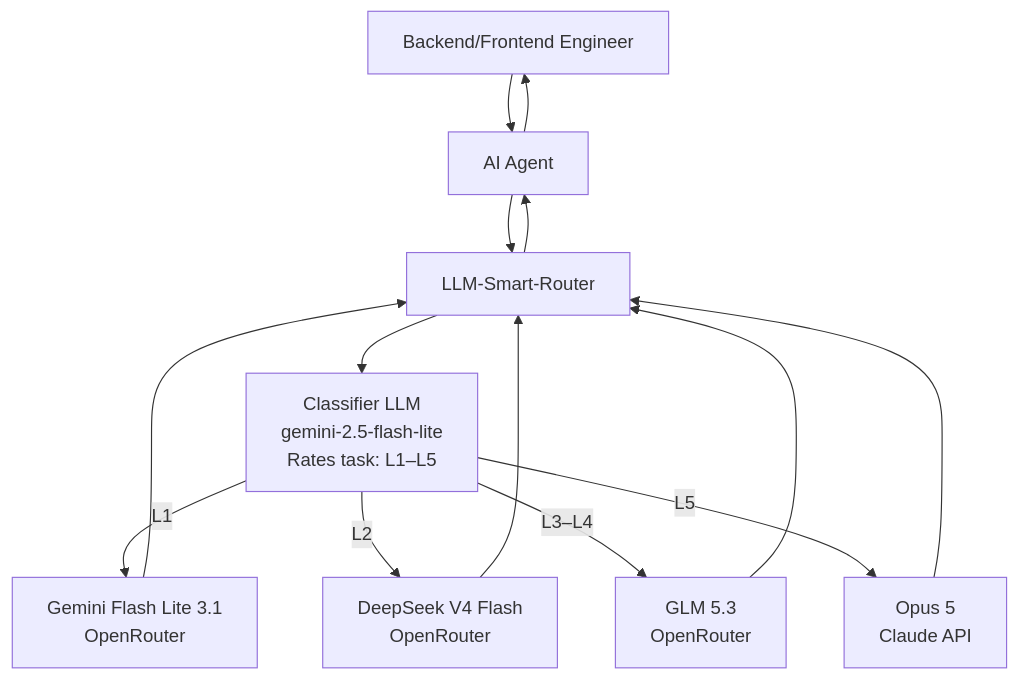
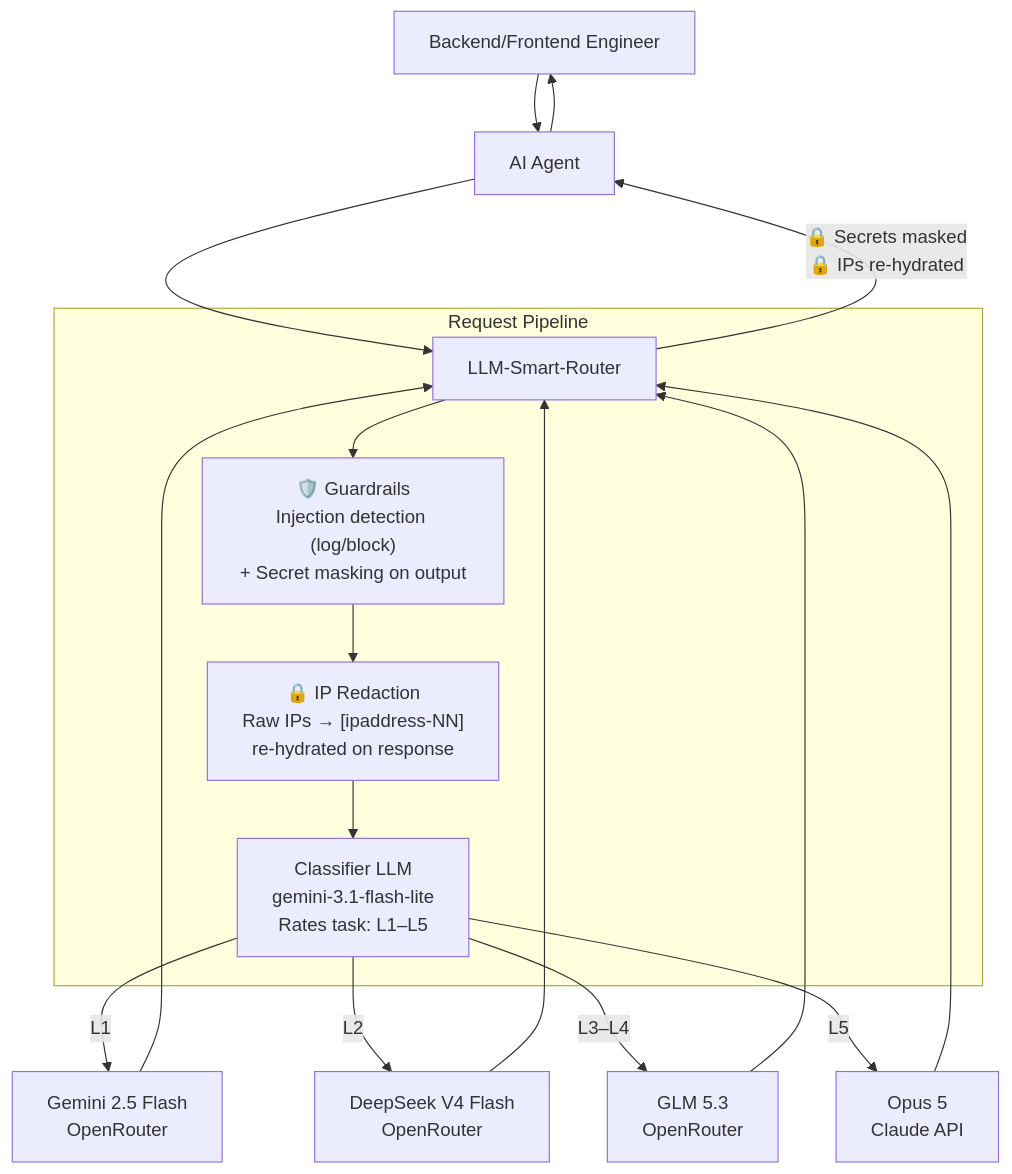
Before and after one commit to Green-Needle-Tech/llm-smart-router: the diagram in README.md, drawn with Mermaid. The commit also changed other lines of this file, not shown here.

Commit message:
docs: architecture flow chart reflects v2 request pipeline
- Guardrails (injection detection + secret masking) and IP redaction
  stages shown as router subgraph before the classifier
- Models updated to live config: gemini-3.1-flash-lite classifier,
  L1 gemini-2.5-flash, L2 deepseek-v4-flash, L3-L4 glm-5.3, L5 opus-5
- Response path annotated with secret masking + IP re-hydration
- Note on turn-2+ pin routing and keep_level re-resolution

````diff
--- a/README.md
+++ b/README.md
@@ -71,19 +71,24 @@
 ```mermaid
 flowchart TD
     A[Backend/Frontend Engineer] --> B[AI Agent]
     B --> C[LLM-Smart-Router]
-    C --> D[Classifier LLM<br/>gemini-2.5-flash-lite<br/>Rates task: L1–L5]
 
-    D -->|L1| E[Gemini Flash Lite 3.1<br/>OpenRouter]
+    subgraph Router [Request Pipeline]
+        C --> P1["🛡️ Guardrails<br/>Injection detection (log/block)<br/>+ Secret masking on output"]
+        P1 --> P2["🔒 IP Redaction<br/>Raw IPs → [ipaddress-NN]<br/>re-hydrated on response"]
+        P2 --> D["Classifier LLM<br/>gemini-3.1-flash-lite<br/>Rates task: L1–L5"]
+    end
+
+    D -->|L1| E[Gemini 2.5 Flash<br/>OpenRouter]
     D -->|L2| F[DeepSeek V4 Flash<br/>OpenRouter]
     D -->|L3–L4| F2[GLM 5.3<br/>OpenRouter]
     D -->|L5| H[Opus 5<br/>Claude API]
 
     E --> C
     F --> C
     F2 --> C
     H --> C
 
-    C --> B
+    C -->|"🔒 Secrets masked<br/>🔒 IPs re-hydrated"| B
     B --> A
 ```
````
